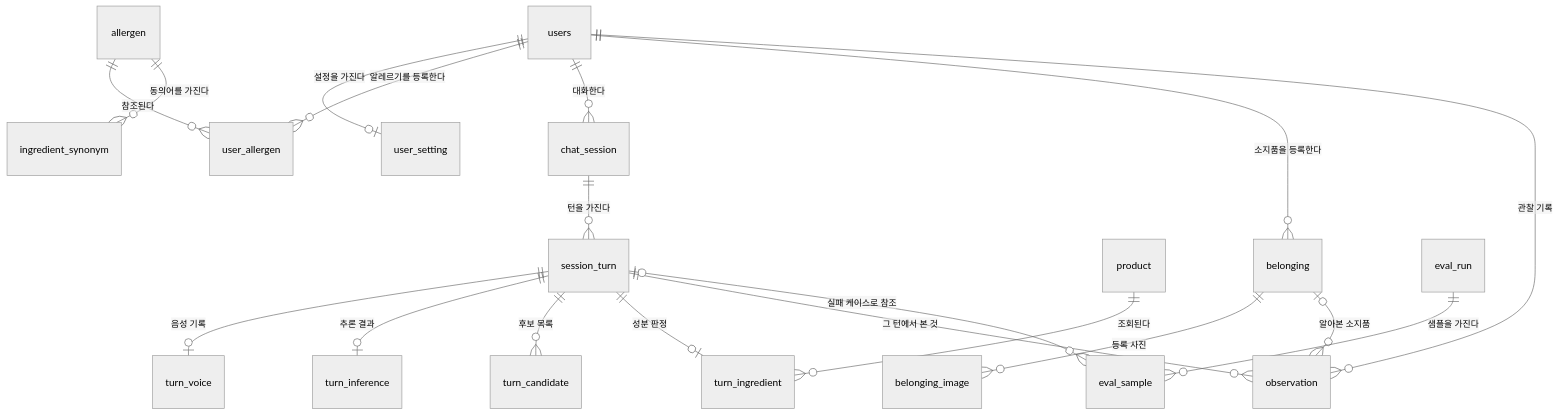
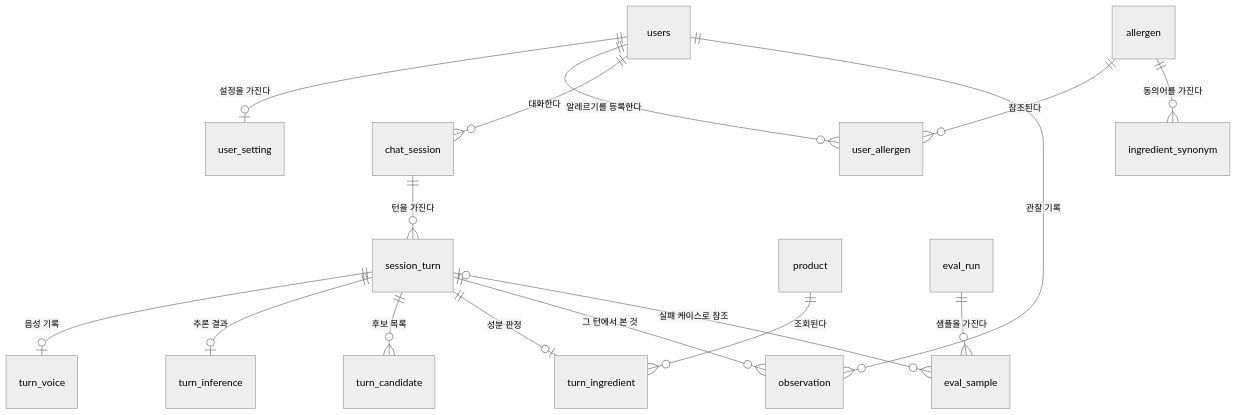
Before and after one commit to Mook-Industries/JARVISEO: the diagram in docs/ERD.md, drawn with Mermaid (neutral theme). The commit also changed other lines of this file and 2 other files, not shown here.

First line of the commit message:
docs: ③ 소지품 삭제를 README·ARCHITECTURE·ERD 에 반영

````diff
--- a/docs/ERD.md
+++ b/docs/ERD.md
@@ -25,21 +26,18 @@
 ```mermaid
 erDiagram
     users ||--o| user_setting : "설정을 가진다"
     users ||--o{ user_allergen : "알레르기를 등록한다"
     allergen ||--o{ user_allergen : "참조된다"
     allergen ||--o{ ingredient_synonym : "동의어를 가진다"
     users ||--o{ chat_session : "대화한다"
     chat_session ||--o{ session_turn : "턴을 가진다"
     session_turn ||--o| turn_voice : "음성 기록"
     session_turn ||--o| turn_inference : "추론 결과"
     session_turn ||--o{ turn_candidate : "후보 목록"
     session_turn ||--o| turn_ingredient : "성분 판정"
     product ||--o{ turn_ingredient : "조회된다"
-    users ||--o{ belonging : "소지품을 등록한다"
-    belonging ||--o{ belonging_image : "등록 사진"
     users ||--o{ observation : "관찰 기록"
     session_turn ||--o{ observation : "그 턴에서 본 것"
-    belonging |o--o{ observation : "알아본 소지품"
     eval_run ||--o{ eval_sample : "샘플을 가진다"
     session_turn |o--o{ eval_sample : "실패 케이스로 참조"
 ```
````
